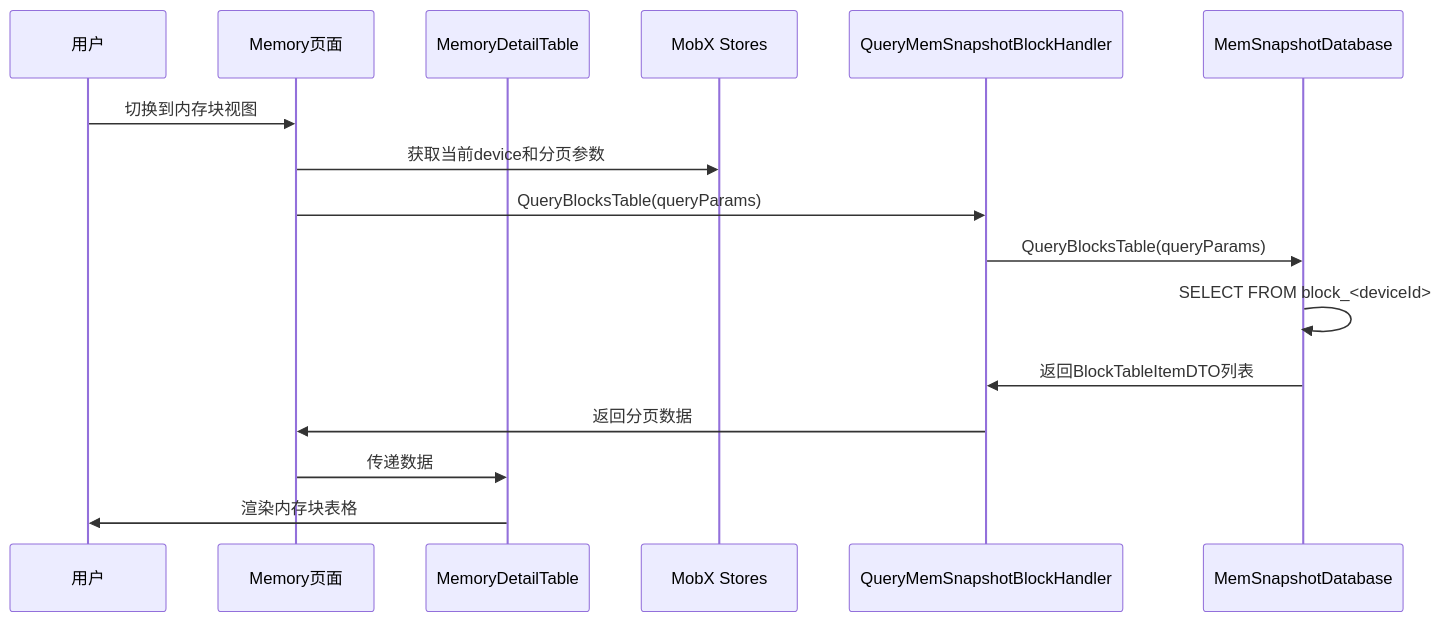
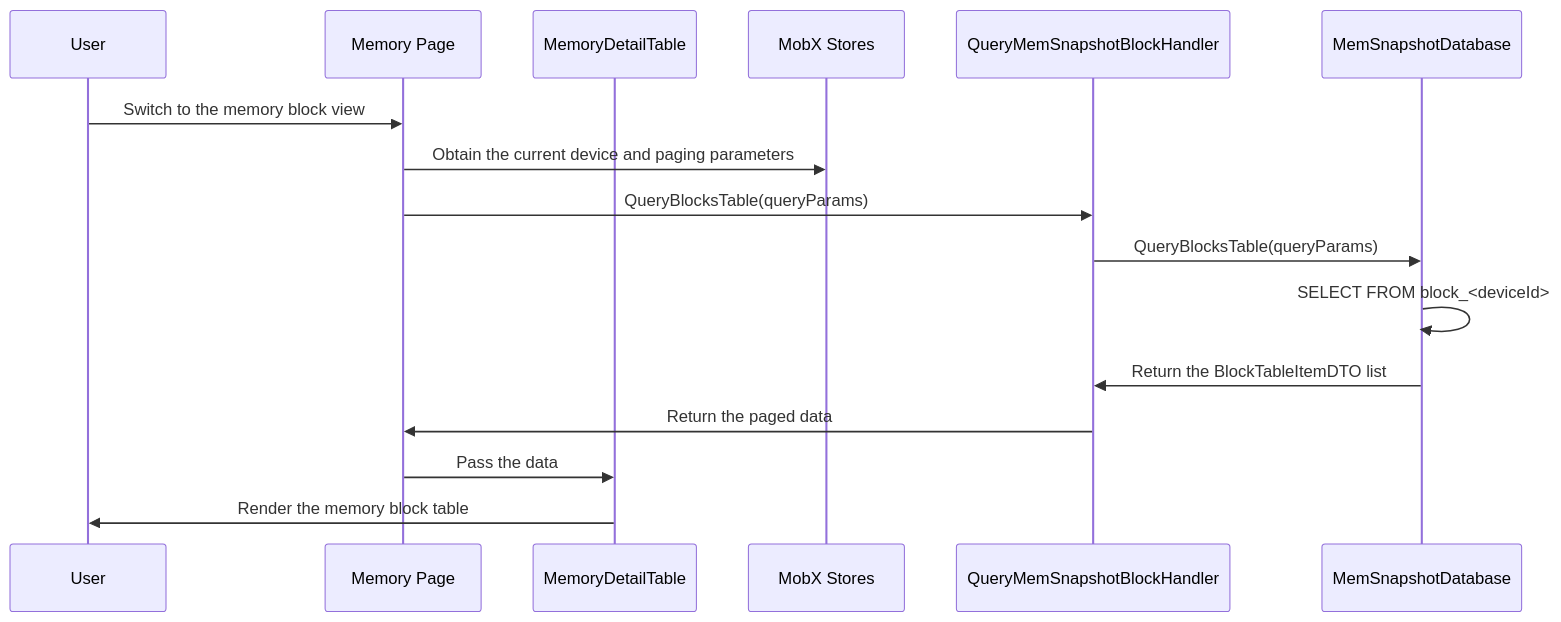
One commit to Ascend/msinsight changed the fourth of 8 diagrams in docs/en/development_guide/design/support_snapshot_analysis.md. Above: the diagram before and after it, drawn with Mermaid. The commit also changed other lines of this file and 323 other files, not shown here.

````diff
--- a/docs/en/development_guide/design/support_snapshot_analysis.md
+++ b/docs/en/development_guide/design/support_snapshot_analysis.md
@@ -362,19 +310,19 @@
 ```mermaid
 sequenceDiagram
-    participant User as 用户
-    participant MemoryPage as Memory页面
+    participant User as User
+    participant MemoryPage as Memory Page
     participant DetailTable as MemoryDetailTable
     participant Stores as MobX Stores
     participant BlockHandler as QueryMemSnapshotBlockHandler
     participant Database as MemSnapshotDatabase
 
-    User->>MemoryPage: 切换到内存块视图
-    MemoryPage->>Stores: 获取当前device和分页参数
+    User->>MemoryPage: Switch to the memory block view
+    MemoryPage->>Stores: Obtain the current device and paging parameters
     MemoryPage->>BlockHandler: QueryBlocksTable(queryParams)
     BlockHandler->>Database: QueryBlocksTable(queryParams)
     Database->>Database: SELECT FROM block_<deviceId>
-    Database->>BlockHandler: 返回BlockTableItemDTO列表
-    BlockHandler->>MemoryPage: 返回分页数据
-    MemoryPage->>DetailTable: 传递数据
-    DetailTable->>User: 渲染内存块表格
+    Database->>BlockHandler: Return the BlockTableItemDTO list
+    BlockHandler->>MemoryPage: Return the paged data
+    MemoryPage->>DetailTable: Pass the data
+    DetailTable->>User: Render the memory block table
 ```
````
